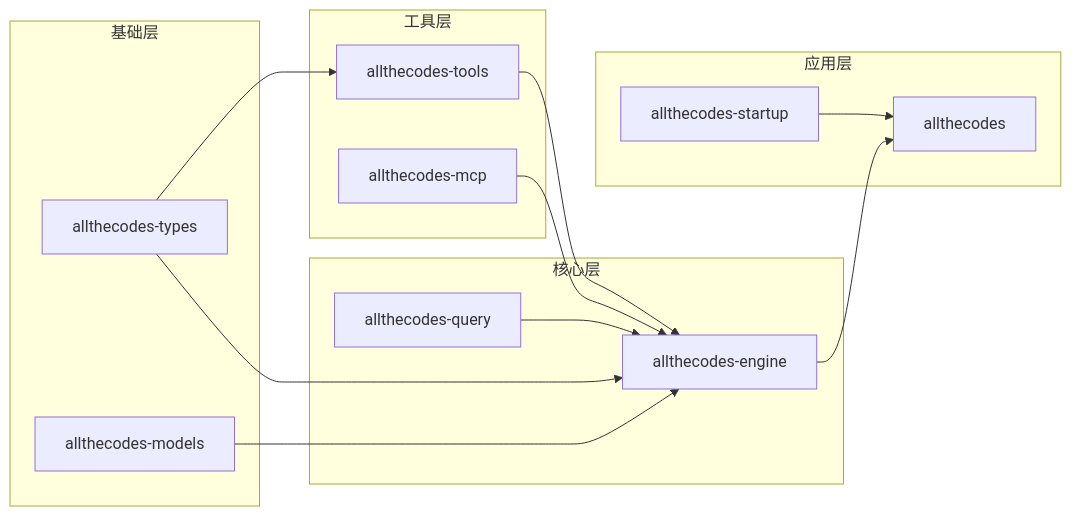
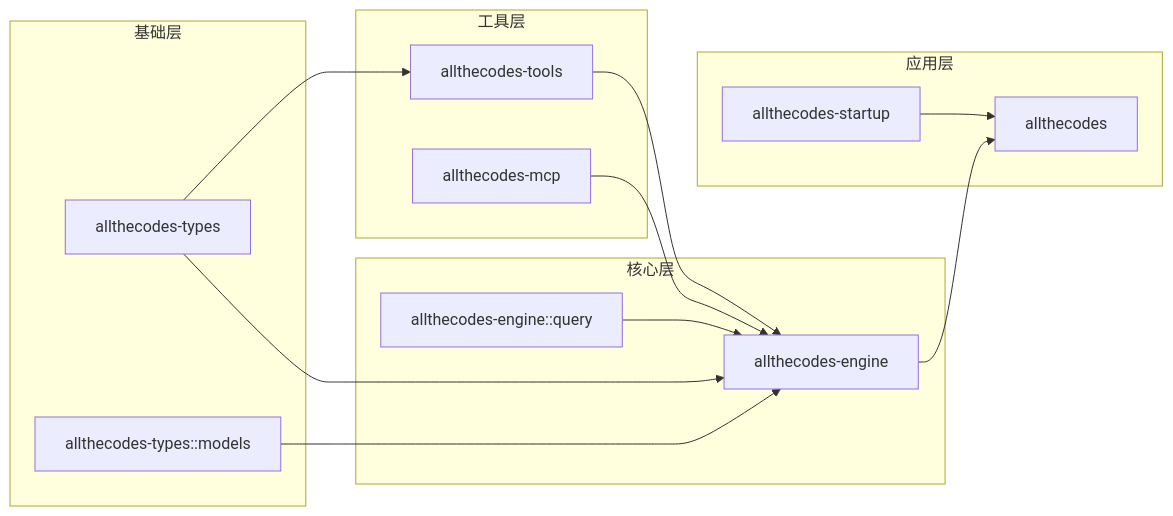
One commit to Crsei/allthecodes changed the second of 2 diagrams in docs/architecture/introduction/why-this-project.md. Above: the diagram before and after it, drawn with Mermaid. The commit also changed other lines of this file and 11 other files, not shown here.

First line of the commit message:
Refresh architecture docs for crate path migration

````diff
--- a/docs/architecture/introduction/why-this-project.md
+++ b/docs/architecture/introduction/why-this-project.md
@@ -234,31 +230,31 @@
 ```mermaid
 graph LR
     subgraph "基础层"
         TP[allthecodes-types]
-        MD[allthecodes-models]
+        MD[allthecodes-types::models]
     end
 
     subgraph "工具层"
         TR[allthecodes-tools]
         MC[allthecodes-mcp]
     end
 
     subgraph "核心层"
         EN[allthecodes-engine]
-        QY[allthecodes-query]
+        QY[allthecodes-engine::query]
     end
 
     subgraph "应用层"
         AT[allthecodes]
         ST[allthecodes-startup]
     end
 
     TP --> EN
     MD --> EN
     TP --> TR
     MC --> EN
     TR --> EN
     QY --> EN
     EN --> AT
     ST --> AT
 ```
````
